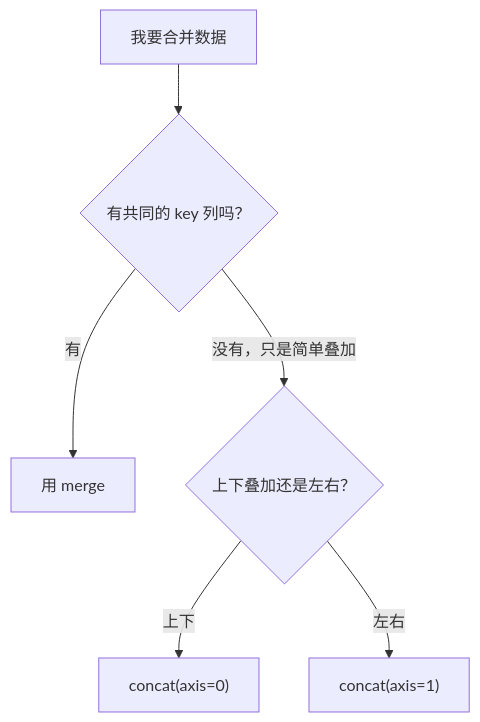
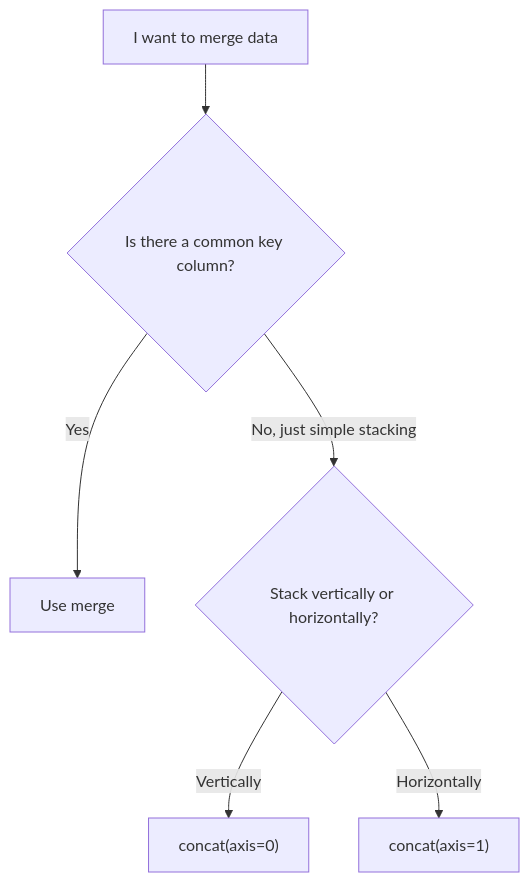
Before and after one commit to oudbiao/AI-fullstack-course: the second of 2 diagrams in docs/ch03-data-analysis/ch03-pandas/07-merge.md, drawn with Mermaid. The commit also changed other lines of this file and 1406 other files, not shown here.

````diff
--- a/docs/ch03-data-analysis/ch03-pandas/07-merge.md
+++ b/docs/ch03-data-analysis/ch03-pandas/07-merge.md
@@ -272,8 +272,8 @@
 ```mermaid
 flowchart TD
-    A["我要合并数据"] --> B{"有共同的 key 列吗？"}
-    B -->|"有"| C["用 merge"]
-    B -->|"没有，只是简单叠加"| D{"上下叠加还是左右？"}
-    D -->|"上下"| E["concat(axis=0)"]
-    D -->|"左右"| F["concat(axis=1)"]
+    A["I want to merge data"] --> B{"Is there a common key column?"}
+    B -->|"Yes"| C["Use merge"]
+    B -->|"No, just simple stacking"| D{"Stack vertically or horizontally?"}
+    D -->|"Vertically"| E["concat(axis=0)"]
+    D -->|"Horizontally"| F["concat(axis=1)"]
 ```
````
